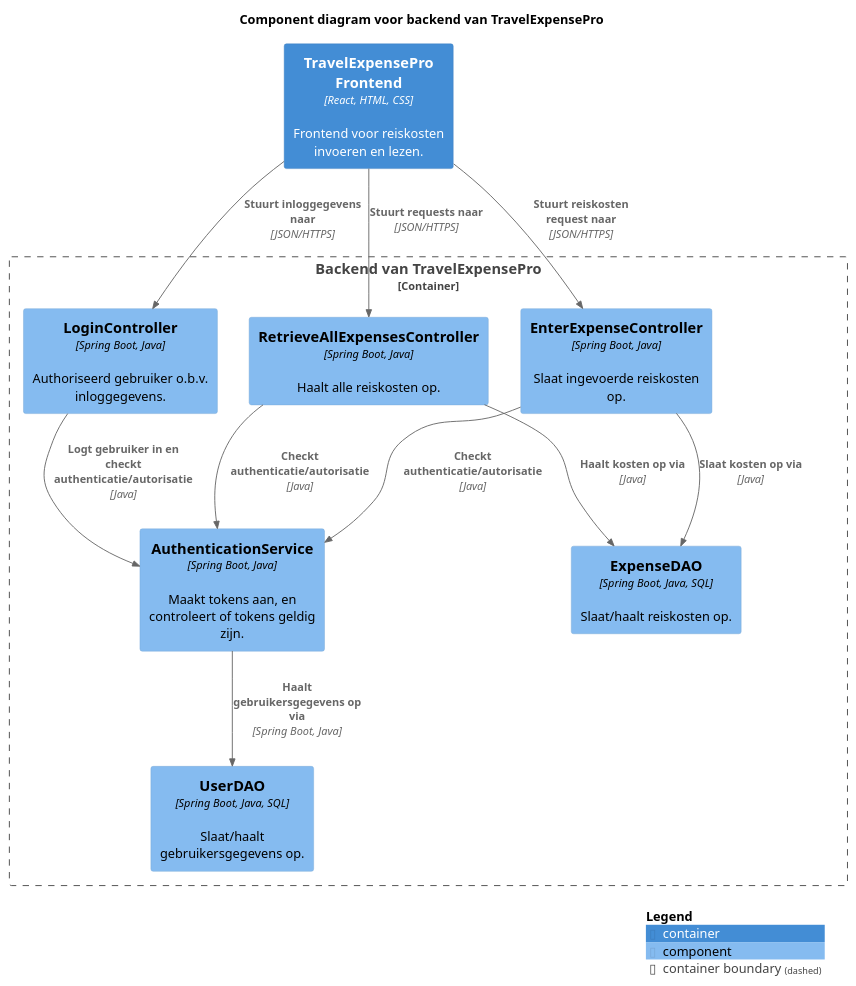
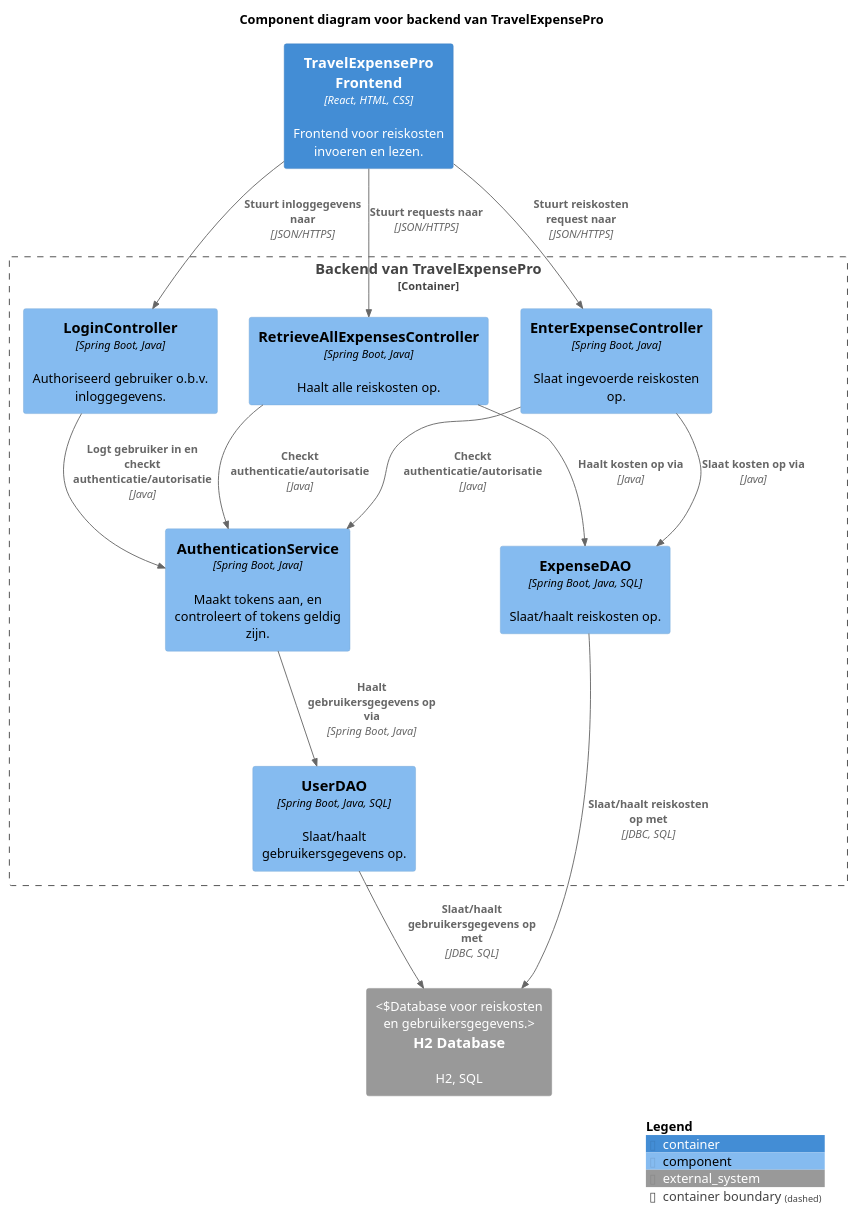
The diagram in gemaakte-werk-daniel/week-2/les-1/huiswerk/TravelExpensePro.puml (AIM-ENE-feb25/triptop-groep-b6), drawn with PlantUML before and after one commit.

```diff
--- a/gemaakte-werk-daniel/week-2/les-1/huiswerk/TravelExpensePro.puml
+++ b/gemaakte-werk-daniel/week-2/les-1/huiswerk/TravelExpensePro.puml
@@ -1,59 +1,63 @@
 @startuml
 !include https://raw.githubusercontent.com/plantuml-stdlib/C4-PlantUML/master/C4_Component.puml
 ' uncomment the following line and comment the first to use locally
 ' !include C4_Component.puml
 
 LAYOUT_WITH_LEGEND()
 
 title Component diagram voor backend van TravelExpensePro
 
 Container(frontend, "TravelExpensePro Frontend", "React, HTML, CSS", "Frontend voor reiskosten invoeren en lezen.")
 
 Container_Boundary(api, "Backend van TravelExpensePro") {
     Component(expensecontroller, "EnterExpenseController", "Spring Boot, Java", "Slaat ingevoerde reiskosten op.")
     Component(logincontroller, "LoginController", "Spring Boot, Java", "Authoriseerd gebruiker o.b.v. inloggegevens.")
     Component(retrievecontroller, "RetrieveAllExpensesController", "Spring Boot, Java", "Haalt alle reiskosten op.")
 
     Component(expensedao, "ExpenseDAO", "Spring Boot, Java, SQL", "Slaat/haalt reiskosten op.")
     Component(userdao, "UserDAO", "Spring Boot, Java, SQL", "Slaat/haalt gebruikersgegevens op.")
 
 '    Component(expense, "Expense", "Spring Boot, Java", "Reiskosten domein object.")
 '    Component(user, "User", "Spring Boot, Java", "Gebruiker domein object.")
 
 '    Component(expenserowmapper, "ExpenseRowMapper", "Spring Boot, Java", "Slaat gegevens op in reiskosten domein object.")
 '    Component(userrowmapper, "UserRowMapper", "Spring Boot, Java", "Slaat gegevens op in gebruikers domein object.")
 '    Component(hashrowmapper, "HashRowMapper", "Spring Boot, Java", "Returnt salt.")
 '    Component(loginresponse, "LoginResponse", "Spring Boot, Java", "Response DTO voor inloggen.")
 
     Component(authservice, "AuthenticationService", "Spring Boot, Java", "Maakt tokens aan, en controleert of tokens geldig zijn.")
 '    Component(encryptor, "JascryptConfig", "Spring Boot, Java", "Encrypt inloggegevens.")
 
     Rel(frontend, expensecontroller, "Stuurt reiskosten request naar", "JSON/HTTPS")
     Rel(frontend, retrievecontroller, "Stuurt requests naar", "JSON/HTTPS")
     Rel(frontend, logincontroller, "Stuurt inloggegevens naar", "JSON/HTTPS")
 
     Rel(expensecontroller, authservice, "Checkt authenticatie/autorisatie", "Java")
     Rel(logincontroller, authservice, "Logt gebruiker in en checkt authenticatie/autorisatie", "Java")
     Rel(retrievecontroller, authservice, "Checkt authenticatie/autorisatie", "Java")
 
     Rel(expensecontroller, expensedao, "Slaat kosten op via", "Java")
 '    Rel(expensecontroller, "expenserowmapper", "Mapt kosten met", "Java")
 
     Rel(retrievecontroller, expensedao, "Haalt kosten op via", "Java")
 
 
     Rel(authservice, userdao, "Haalt gebruikersgegevens op via", "Spring Boot, Java")
 '    Rel(authservice, userrowmapper, "Mapt gebruikersgegevens met", "Java")
 '    Rel(authservice, hashrowmapper, "Mapt hash met", "Java")
 '    Rel(authservice, encryptor, "Encrypteert inloggegevens", "Java")
 
 '    Rel(expensecontroller, expense, "Gebruikt", "Java")
 '    Rel(expensedao, expense, "Gebruikt", "Java")
 '
 '    Rel(logincontroller, userdao, "Haalt gebruiker op via", "Java")
 '    Rel(logincontroller, user, "Gebruikt", "Java")
+}
 
-}
+
+System_Ext(h2, "H2 Database", "H2, SQL", "Database voor reiskosten en gebruikersgegevens.")
+Rel(expensedao, h2, "Slaat/haalt reiskosten op met", "JDBC, SQL")
+Rel(userdao, h2, "Slaat/haalt gebruikersgegevens op met", "JDBC, SQL")
 
 SHOW_LEGEND()
 @enduml
```
